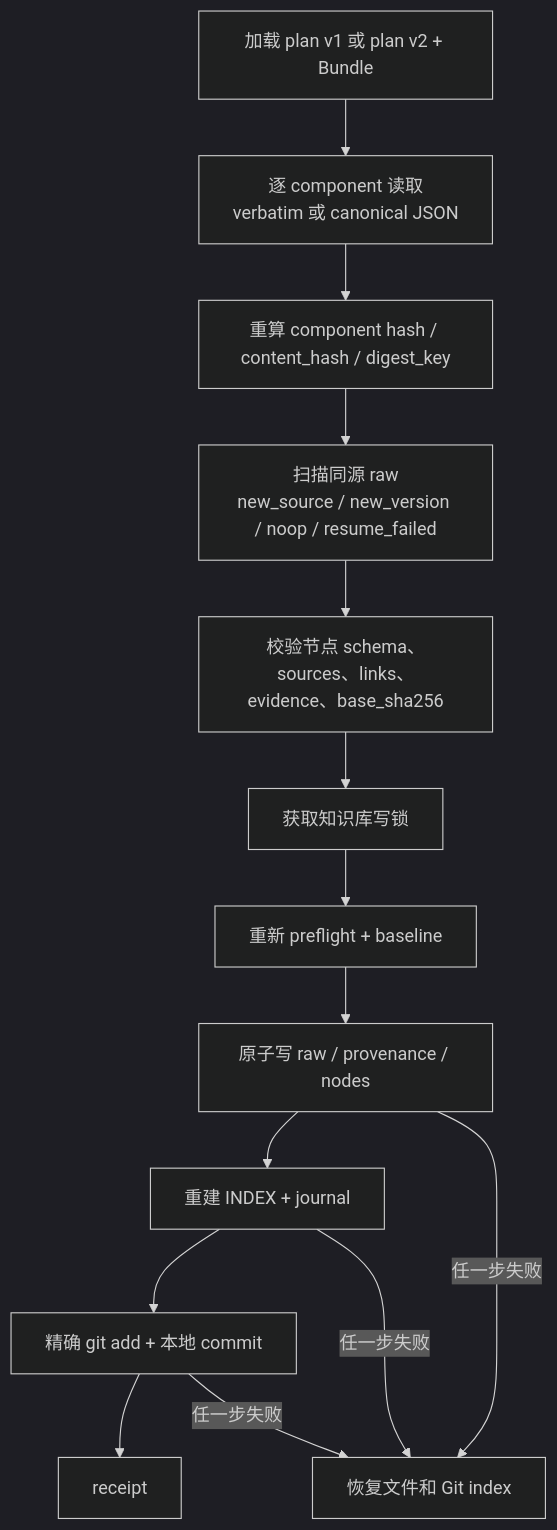
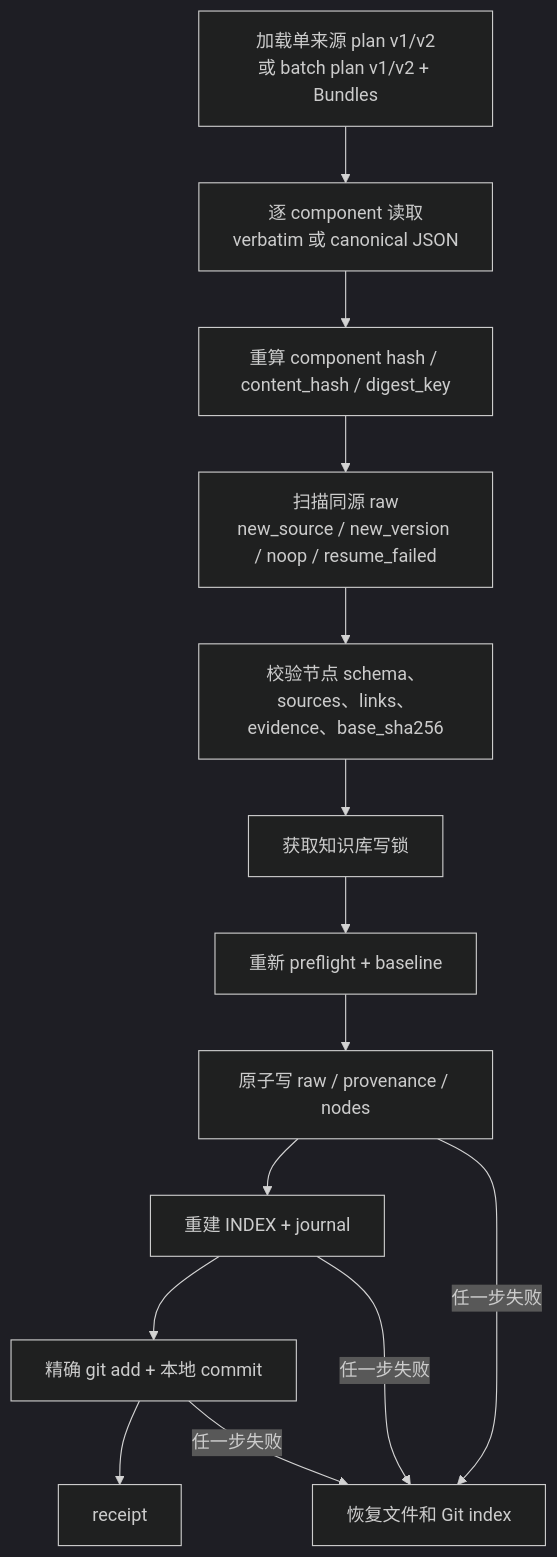
One commit to ranjiao/byteworker changed diagram 15 of 19 in ARCHITECTURE.md. Above: the diagram before and after it, drawn with Mermaid (dark theme). The commit also changed other lines of this file and 31 other files, not shown here.

````diff
--- a/ARCHITECTURE.md
+++ b/ARCHITECTURE.md
@@ -687,20 +699,20 @@
 ```mermaid
 flowchart TD
-    LOAD["加载 plan v1 或 plan v2 + Bundle"]
+    LOAD["加载单来源 plan v1/v2<br/>或 batch plan v1/v2 + Bundles"]
     PAY["逐 component 读取<br/>verbatim 或 canonical JSON"]
     HASH["重算 component hash / content_hash / digest_key"]
     PREF["扫描同源 raw<br/>new_source / new_version / noop / resume_failed"]
     VAL["校验节点 schema、sources、links、evidence、base_sha256"]
     LOCK["获取知识库写锁"]
     RECHECK["重新 preflight + baseline"]
     WRITE["原子写 raw / provenance / nodes"]
     DERIVE["重建 INDEX + journal"]
     GIT["精确 git add + 本地 commit"]
     REC["receipt"]
     ROLLBACK["恢复文件和 Git index"]
 
     LOAD --> PAY --> HASH --> PREF --> VAL --> LOCK --> RECHECK --> WRITE --> DERIVE --> GIT --> REC
     WRITE -->|"任一步失败"| ROLLBACK
     DERIVE -->|"任一步失败"| ROLLBACK
     GIT -->|"任一步失败"| ROLLBACK
 ```
````
